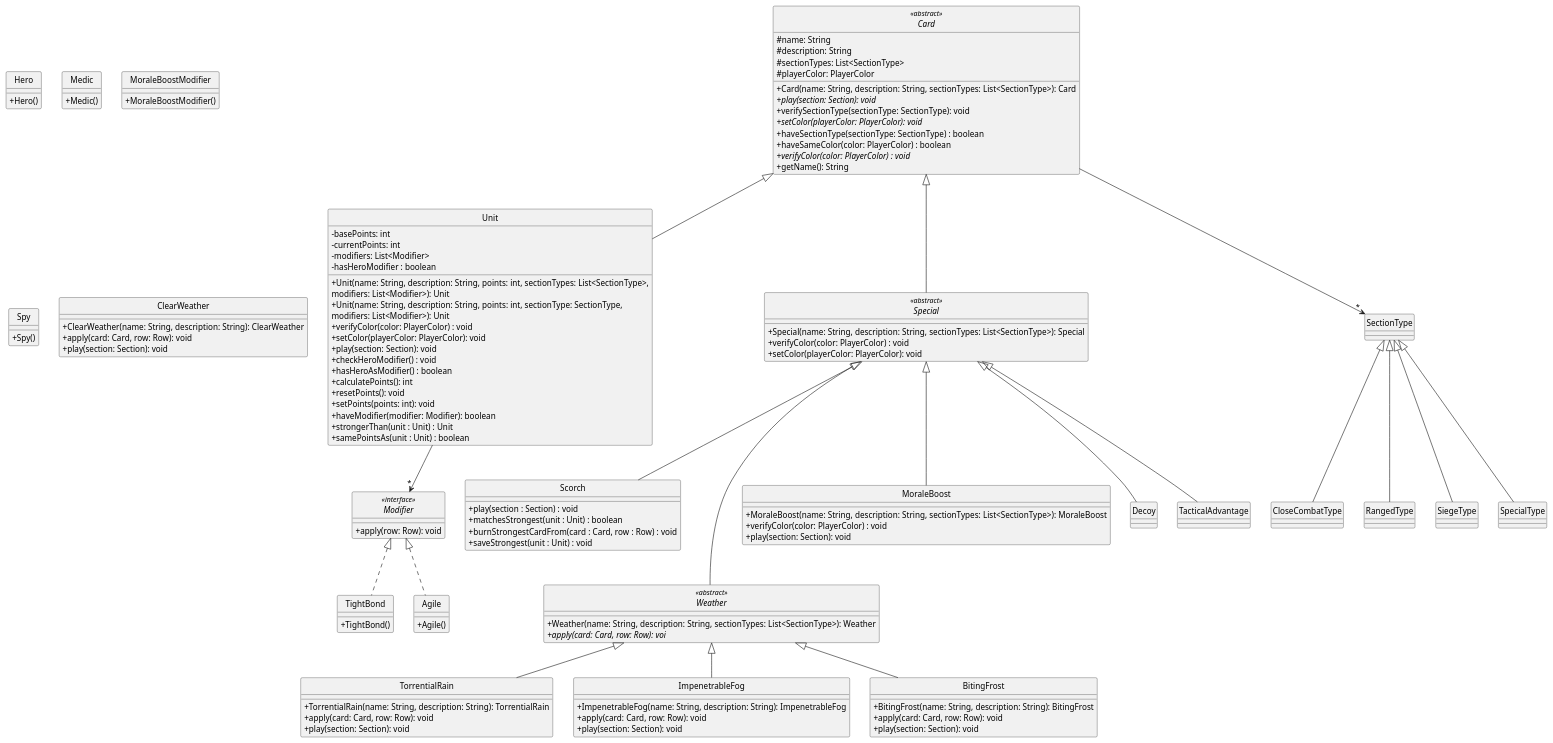
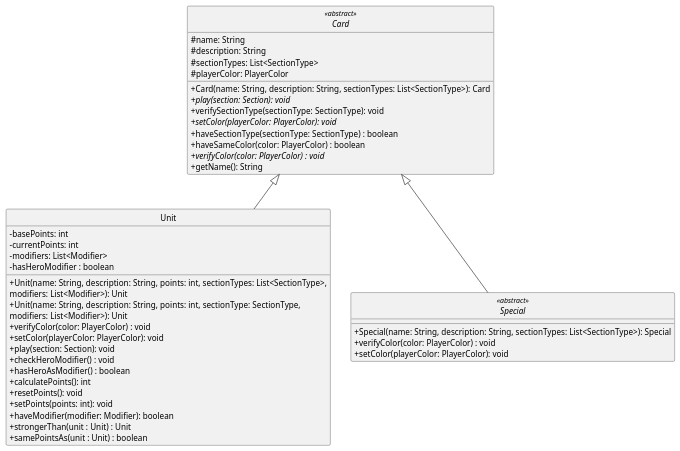
The diagram in diagrams/classes/cards.plantuml (Yonhir/algo3_proyecto_base_tp2), drawn with PlantUML before and after one commit.

Commit message:
Card, Unit, Special

```diff
--- a/diagrams/classes/cards.plantuml
+++ b/diagrams/classes/cards.plantuml
@@ -1,153 +1,61 @@
 @startuml
 
 skinparam monochrome true
 hide circle
 skinparam classAttributeIconSize 0
 
 ' =====================
 ' CARD HIERARCHY
 ' =====================
 
 abstract class Card <<abstract>> {
   #name: String
   #description: String
   #sectionTypes: List<SectionType>
   #playerColor: PlayerColor
   +Card(name: String, description: String, sectionTypes: List<SectionType>): Card
   +{abstract}play(section: Section): void
   +verifySectionType(sectionType: SectionType): void
   +{abstract}setColor(playerColor: PlayerColor): void
   +haveSectionType(sectionType: SectionType) : boolean
   +haveSameColor(color: PlayerColor) : boolean
   +{abstract}verifyColor(color: PlayerColor) : void
   +getName(): String
 }
 
 class Unit {
   -basePoints: int
   -currentPoints: int
   -modifiers: List<Modifier>
   -hasHeroModifier : boolean
   +Unit(name: String, description: String, points: int, sectionTypes: List<SectionType>,
   modifiers: List<Modifier>): Unit
   +Unit(name: String, description: String, points: int, sectionType: SectionType,
   modifiers: List<Modifier>): Unit
   +verifyColor(color: PlayerColor) : void
   +setColor(playerColor: PlayerColor): void
   +play(section: Section): void
   +checkHeroModifier() : void
   +hasHeroAsModifier() : boolean
   +calculatePoints(): int
   +resetPoints(): void
   +setPoints(points: int): void
   +haveModifier(modifier: Modifier): boolean
   +strongerThan(unit : Unit) : Unit
   +samePointsAs(unit : Unit) : boolean
 }
 
 abstract class Special <<abstract>> {
   +Special(name: String, description: String, sectionTypes: List<SectionType>): Special
   +verifyColor(color: PlayerColor) : void
   +setColor(playerColor: PlayerColor): void
 }
 
-class Scorch {
-  +play(section : Section) : void
-  +matchesStrongest(unit : Unit) : boolean
-  +burnStrongestCardFrom(card : Card, row : Row) : void
-  +saveStrongest(unit : Unit) : void
-}
-
-interface Modifier <<interface>> {
-  +apply(row: Row): void
-}
-
-class TightBond {
-  +TightBond()
-}
-
-class Agile {
-  +Agile()
-}
-
-class Hero {
-  +Hero()
-}
-
-class Medic {
-  +Medic()
-}
-
-class MoraleBoostModifier {
-  +MoraleBoostModifier()
-}
-
-class Spy {
-  +Spy()
-}
-
-abstract class Weather <<abstract>> {
-  +Weather(name: String, description: String, sectionTypes: List<SectionType>): Weather
-  +{abstract}apply(card: Card, row: Row): voi
-}
-
-class TorrentialRain {
-  +TorrentialRain(name: String, description: String): TorrentialRain
-  +apply(card: Card, row: Row): void
-  +play(section: Section): void
-}
-
-class ImpenetrableFog {
-  +ImpenetrableFog(name: String, description: String): ImpenetrableFog
-  +apply(card: Card, row: Row): void
-  +play(section: Section): void
-}
-
-class BitingFrost {
-  +BitingFrost(name: String, description: String): BitingFrost
-  +apply(card: Card, row: Row): void
-  +play(section: Section): void
-}
-
-class ClearWeather {
-  +ClearWeather(name: String, description: String): ClearWeather
-  +apply(card: Card, row: Row): void
-  +play(section: Section): void
-}
-
-class MoraleBoost {
-  +MoraleBoost(name: String, description: String, sectionTypes: List<SectionType>): MoraleBoost
-  +verifyColor(color: PlayerColor) : void
-  +play(section: Section): void
-}
-
 ' =====================
 ' RELATIONSHIPS
 ' =====================
 
 Card <|-- Unit
 Card <|-- Special
 
-Card --> "*" SectionType
-
-SectionType <|-- CloseCombatType
-SectionType <|-- RangedType
-SectionType <|-- SiegeType
-SectionType <|-- SpecialType
-
-Unit --> "*" Modifier
-
-Modifier <|.. TightBond
-Modifier <|.. Agile
-
-Special <|-- Decoy
-Special <|-- TacticalAdvantage
-Special <|-- Scorch
-Special <|-- MoraleBoost
-Special <|--- Weather
-
-Weather <|-- TorrentialRain
-Weather <|-- ImpenetrableFog
-Weather <|-- BitingFrost
-
 @enduml
```
